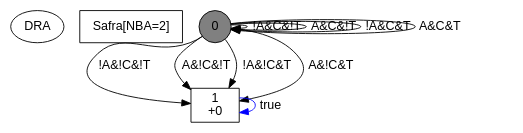
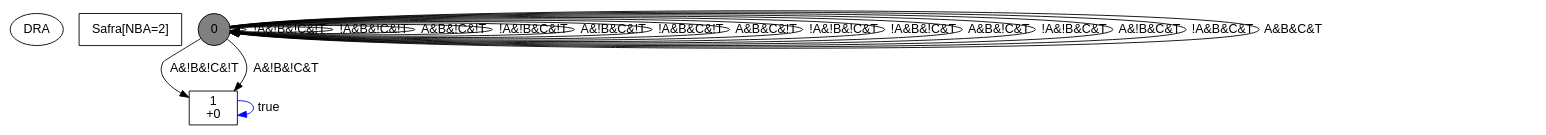
One commit to gaoqitong/DRA_Guide_Planning changed the diagram in pure_imitation/my.dot. Above: the diagram before and after it, drawn with Graphviz. The commit also changed 5 other files, not shown here.

```diff
--- a/pure_imitation/my.dot
+++ b/pure_imitation/my.dot
@@ -1,17 +1,25 @@
 digraph DRA {
  node [fontname=Helvetica]
  edge [constraints=false, fontname=Helvetica]
 "type" [shape=ellipse, label="DRA"]
 "comment" [shape=box, label="Safra[NBA=2]"]
 "0" [label= "0", shape=circle, style=filled, color=black, fillcolor=grey]
-"0" -> "1" [label=" !A&!C&!T"]
-"0" -> "1" [label=" A&!C&!T"]
-"0" -> "0" [label=" !A&C&!T"]
-"0" -> "0" [label=" A&C&!T"]
-"0" -> "1" [label=" !A&!C&T"]
-"0" -> "1" [label=" A&!C&T"]
-"0" -> "0" [label=" !A&C&T"]
-"0" -> "0" [label=" A&C&T"]
+"0" -> "0" [label=" !A&!B&!C&!T"]
+"0" -> "1" [label=" A&!B&!C&!T"]
+"0" -> "0" [label=" !A&B&!C&!T"]
+"0" -> "0" [label=" A&B&!C&!T"]
+"0" -> "0" [label=" !A&!B&C&!T"]
+"0" -> "0" [label=" A&!B&C&!T"]
+"0" -> "0" [label=" !A&B&C&!T"]
+"0" -> "0" [label=" A&B&C&!T"]
+"0" -> "0" [label=" !A&!B&!C&T"]
+"0" -> "1" [label=" A&!B&!C&T"]
+"0" -> "0" [label=" !A&B&!C&T"]
+"0" -> "0" [label=" A&B&!C&T"]
+"0" -> "0" [label=" !A&!B&C&T"]
+"0" -> "0" [label=" A&!B&C&T"]
+"0" -> "0" [label=" !A&B&C&T"]
+"0" -> "0" [label=" A&B&C&T"]
 "1" [label= "1\n +0", shape=box]
 "1" -> "1" [label=" true", color=blue]
 }
```
